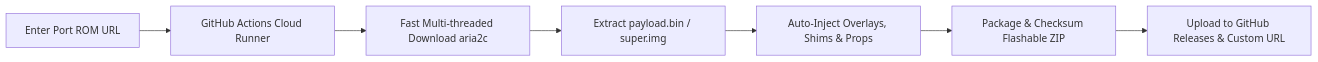
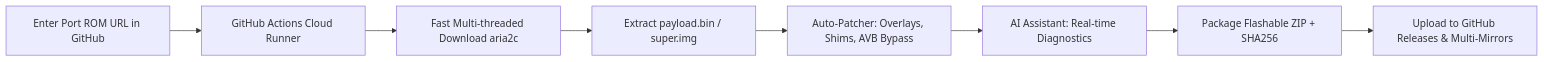
One commit to frnAlt/Xiaomi_blossom_stuff changed the diagram in README.md. Above: the diagram before and after it, drawn with Mermaid. The commit also changed other lines of this file and 4 other files, not shown here.

Commit message:
feat: Add AI Porting Assistant, AutoPatcher, MultiUploader, and full Cloud Workflow diagnostics

````diff
--- a/README.md
+++ b/README.md
@@ -33,9 +33,10 @@
 ```mermaid
 graph LR
-    A[Enter Port ROM URL] --> B[GitHub Actions Cloud Runner]
+    A[Enter Port ROM URL in GitHub] --> B[GitHub Actions Cloud Runner]
     B --> C[Fast Multi-threaded Download aria2c]
     C --> D[Extract payload.bin / super.img]
-    D --> E[Auto-Inject Overlays, Shims & Props]
-    E --> F[Package & Checksum Flashable ZIP]
-    F --> G[Upload to GitHub Releases & Custom URL]
+    D --> E[Auto-Patcher: Overlays, Shims, AVB Bypass]
+    E --> F[AI Assistant: Real-time Diagnostics]
+    F --> G[Package Flashable ZIP + SHA256]
+    G --> H[Upload to GitHub Releases & Multi-Mirrors]
 ```
````
